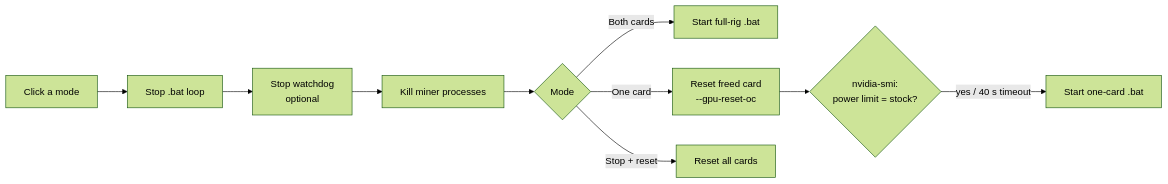
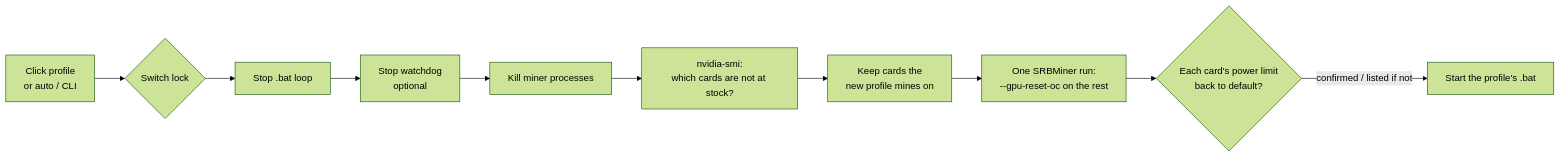
The diagram in README.md (sakshay2318/miner-mode), drawn with Mermaid (forest theme) before and after one commit. The commit also changed other lines of this file and 6 other files, not shown here.

First line of the commit message:
Profiles for any rig size, GPU health monitor, auto-switch for games, CLI

````diff
--- a/README.md
+++ b/README.md
@@ -68,12 +112,12 @@
 ```mermaid
 flowchart LR
-    A[Click a mode] --> B[Stop .bat loop]
+    A[Click profile<br/>or auto / CLI] --> L{Switch lock}
+    L --> B[Stop .bat loop]
     B --> C[Stop watchdog<br/>optional]
     C --> D[Kill miner processes]
-    D --> E{Mode}
-    E -->|Both cards| F[Start full-rig .bat]
-    E -->|One card| G[Reset freed card<br/>--gpu-reset-oc]
-    G --> H{nvidia-smi:<br/>power limit = stock?}
-    H -->|yes / 40 s timeout| I[Start one-card .bat]
-    E -->|Stop + reset| J[Reset all cards]
+    D --> E[nvidia-smi:<br/>which cards are not at stock?]
+    E --> F[Keep cards the<br/>new profile mines on]
+    F --> G[One SRBMiner run:<br/>--gpu-reset-oc on the rest]
+    G --> H{Each card's power limit<br/>back to default?}
+    H -->|confirmed / listed if not| I[Start the profile's .bat]
 ```
````
